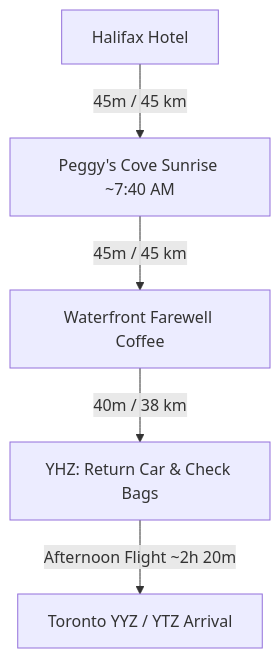
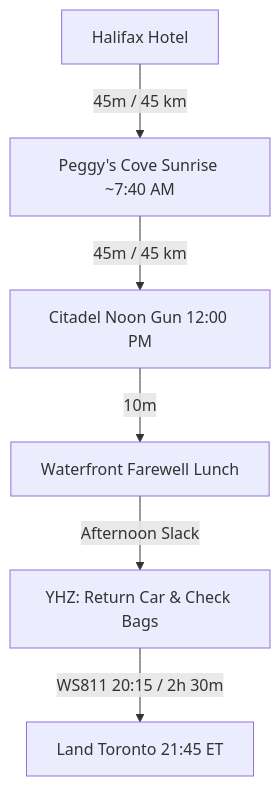
The diagram in docs/day5_halifax_peggys_cove.md (iammzz/novascotia-2026), drawn with Mermaid before and after one commit. The commit also changed other lines of this file and 10 other files, not shown here.

Commit message:
Load WestJet return flight WS811 (Oct 14 20:15, UltraBasic); restore Citadel noon gun + farewell lunch on Day 5; flag missing checked bag for Grohmann knives

````diff
--- a/docs/day5_halifax_peggys_cove.md
+++ b/docs/day5_halifax_peggys_cove.md
@@ -33,7 +35,8 @@
 ```mermaid
 graph TD
     A[Halifax Hotel] -->|45m / 45 km| B[Peggy's Cove Sunrise ~7:40 AM]
-    B -->|45m / 45 km| C[Waterfront Farewell Coffee]
-    C -->|40m / 38 km| D[YHZ: Return Car & Check Bags]
-    D -->|Afternoon Flight ~2h 20m| E[Toronto YYZ / YTZ Arrival]
+    B -->|45m / 45 km| C[Citadel Noon Gun 12:00 PM]
+    C -->|10m| D[Waterfront Farewell Lunch]
+    D -->|Afternoon Slack| E[YHZ: Return Car & Check Bags]
+    E -->|WS811 20:15 / 2h 30m| F[Land Toronto 21:45 ET]
 ```
````
